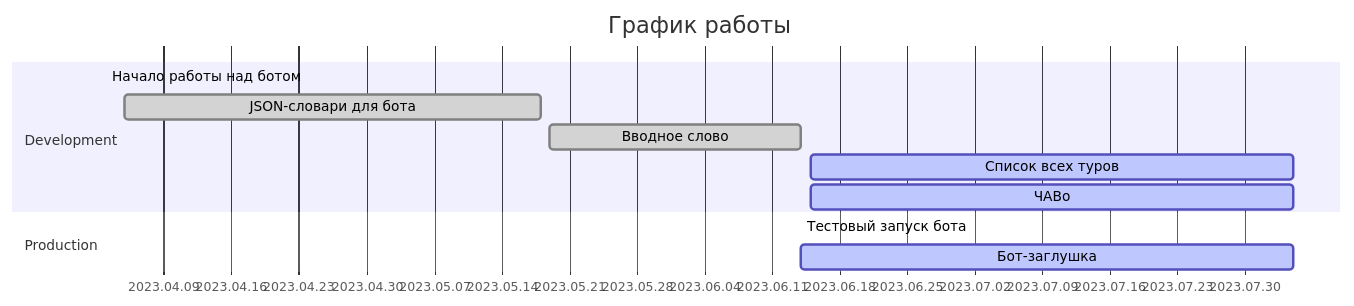
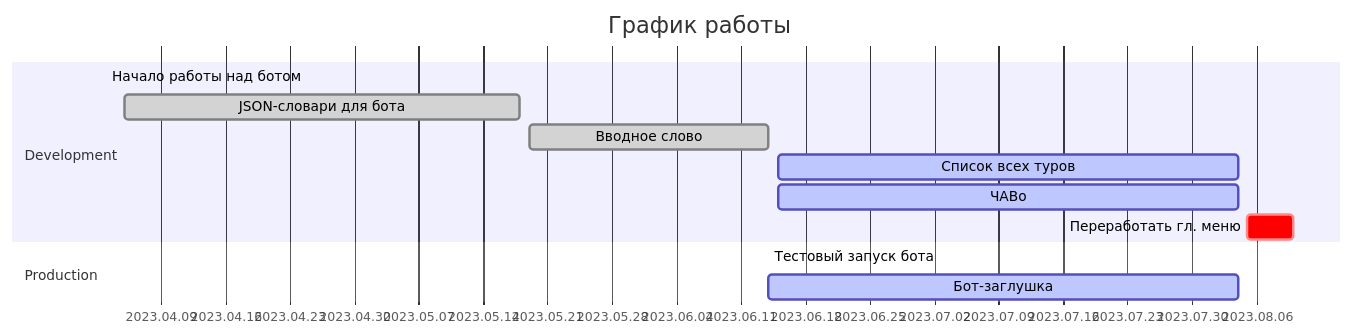
Before and after one commit to tropintropin/telegram_bot_peshehod_chat: the first of 2 diagrams in README.md, drawn with Mermaid.

````diff
--- a/README.md
+++ b/README.md
@@ -35,16 +35,17 @@
 ```mermaid
 gantt
 title       График работы
 dateFormat  YYYY.MM.DD
 axisFormat  %Y.%m.%d
 excludes    
 section     Development
 Начало работы над ботом :mileston,      2023.04.03, 
 JSON-словари для бота   :done,      a0, 2023.04.05, 2023.05.18
 Вводное слово           :done,      a1, 2023.05.19, 2023.06.14
 Список всех туров       :active,    a2, 2023.06.15, 2023.08.04
 ЧАВо                    :active,    a3, 2023.06.15, 2023.08.04
+Переработать гл. меню   :crit,      a5, 2023.08.05, 5d
 section     Production
 Тестовый запуск бота    :mileston,      2023.06.14,
 Бот-заглушка            :active,    b0, 2023.06.14, 2023.08.04
 ```
````
